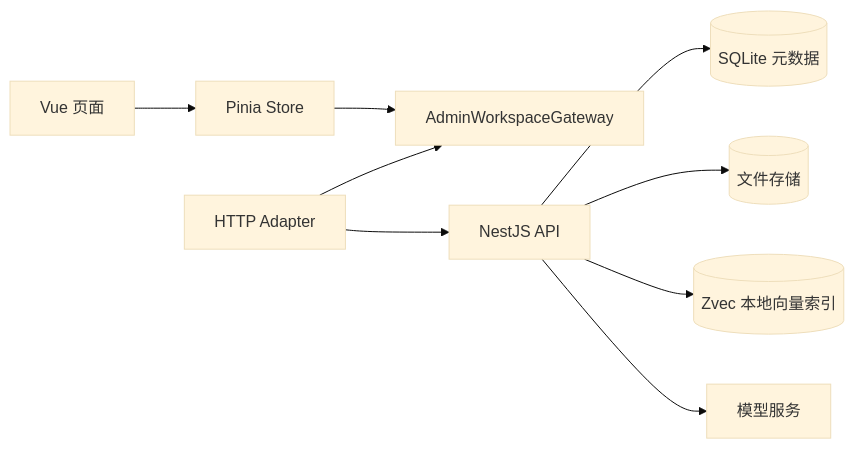
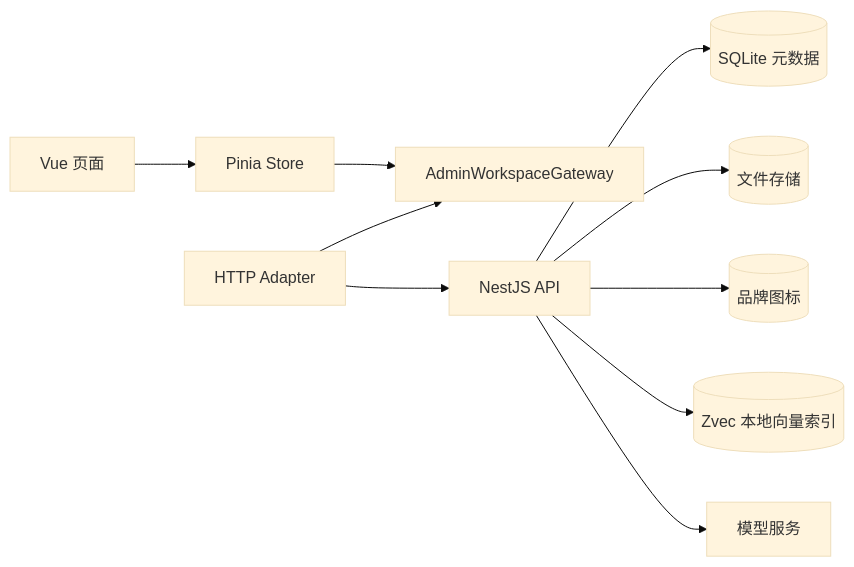
Before and after one commit to yiting001/agent: the diagram in docs/modules/admin-web.md, drawn with Mermaid (base theme). The commit also changed other lines of this file and 52 other files, not shown here.

````diff
--- a/docs/modules/admin-web.md
+++ b/docs/modules/admin-web.md
@@ -46,11 +48,12 @@
 ```mermaid
 flowchart LR
   View[Vue 页面] --> Store[Pinia Store]
   Store --> Port[AdminWorkspaceGateway]
   Adapter[HTTP Adapter] --> Port
   Adapter --> API[NestJS API]
   API --> SQLite[(SQLite 元数据)]
   API --> Files[(文件存储)]
+  API --> BrandFiles[(品牌图标)]
   API --> Zvec[(Zvec 本地向量索引)]
   API --> Model[模型服务]
 ```
````
